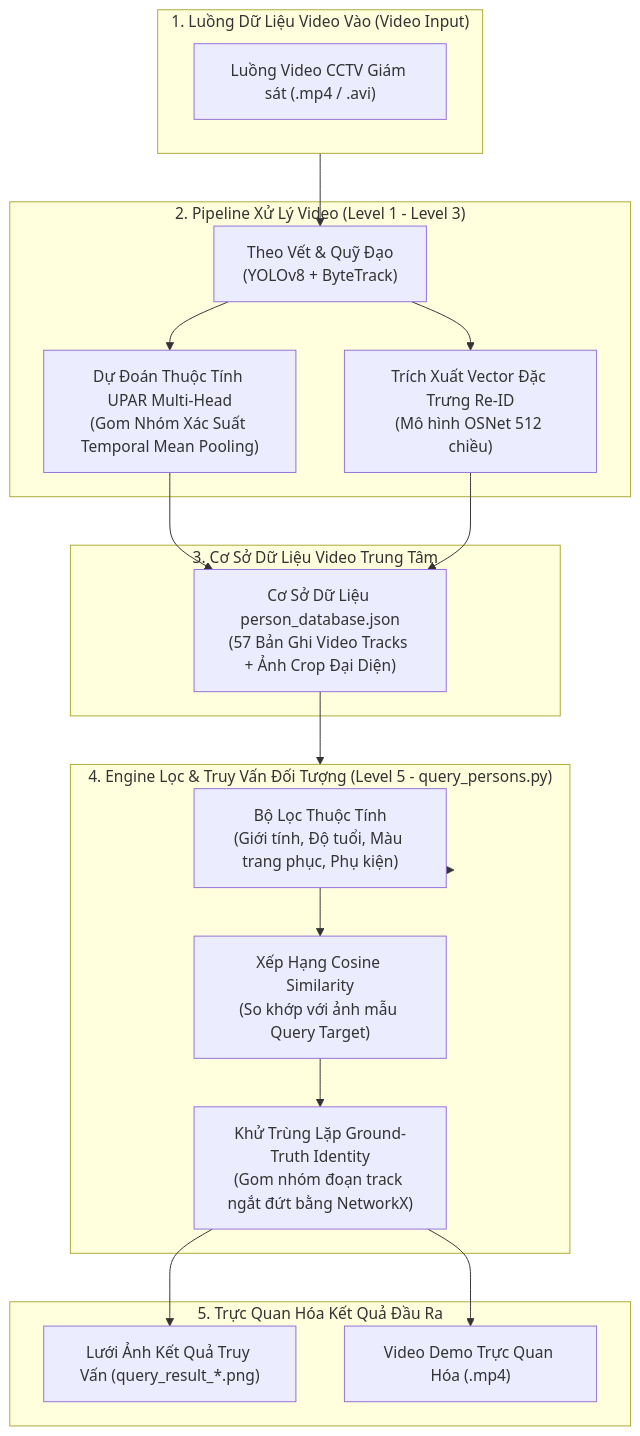
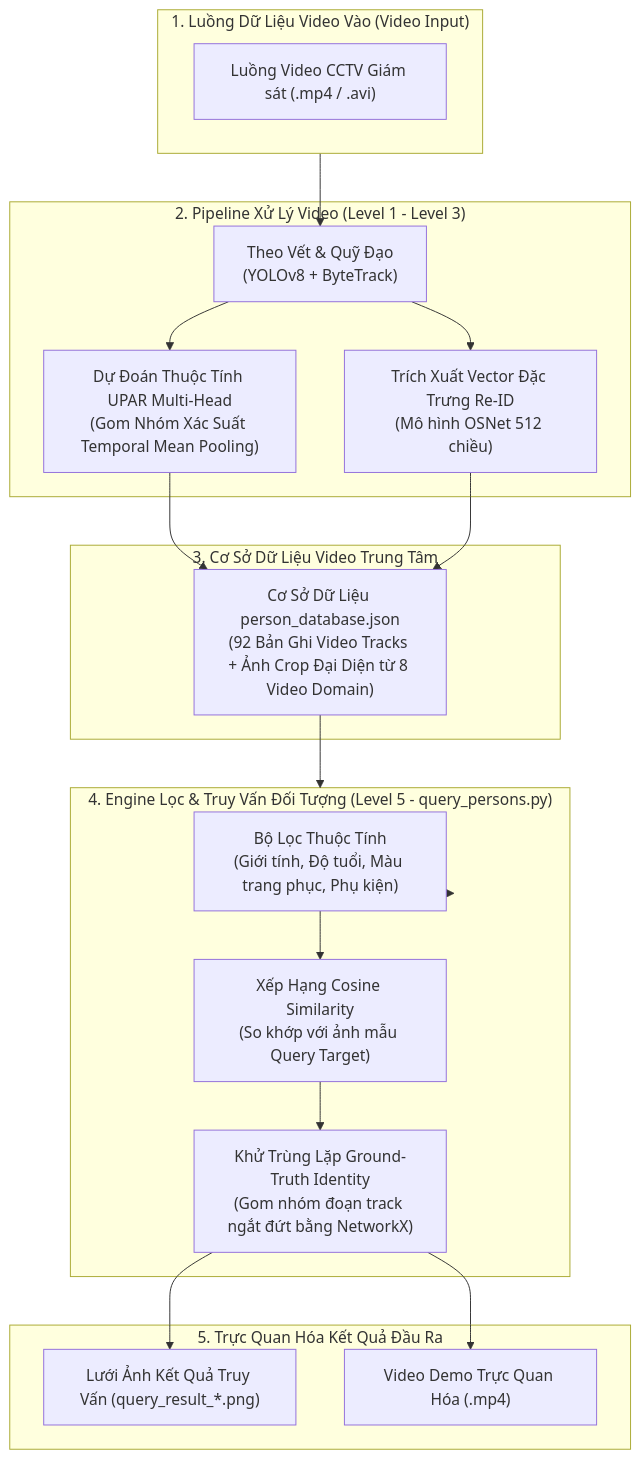
The first of 2 diagrams in README.md (NVAnh050904/CODE-AI-PROJECT), drawn with Mermaid before and after one commit. The commit also changed other lines of this file and 1 other file, not shown here.

Commit message:
docs: Update README.md and tracking/README.md with expanded 92-record database, FE features, H.264 streaming, and SQLite history

````diff
--- a/README.md
+++ b/README.md
@@ -21,34 +21,34 @@
 ```mermaid
 flowchart TD
     subgraph StreamInput ["1. Luồng Dữ Liệu Video Vào (Video Input)"]
         V1["Luồng Video CCTV Giám sát (.mp4 / .avi)"]
     end
 
     subgraph CorePipeline ["2. Pipeline Xử Lý Video (Level 1 - Level 3)"]
         Tracking["Theo Vết & Quỹ Đạo\n(YOLOv8 + ByteTrack)"]
         AttrEngine["Dự Đoán Thuộc Tính UPAR Multi-Head\n(Gom Nhóm Xác Suất Temporal Mean Pooling)"]
         ReIDEngine["Trích Xuất Vector Đặc Trưng Re-ID\n(Mô hình OSNet 512 chiều)"]
     end
 
     subgraph CentralDB ["3. Cơ Sở Dữ Liệu Video Trung Tâm"]
-        DBJSON["Cơ Sở Dữ Liệu person_database.json\n(57 Bản Ghi Video Tracks + Ảnh Crop Đại Diện)"]
+        DBJSON["Cơ Sở Dữ Liệu person_database.json\n(92 Bản Ghi Video Tracks + Ảnh Crop Đại Diện từ 8 Video Domain)"]
     end
 
     subgraph SearchEngine ["4. Engine Lọc & Truy Vấn Đối Tượng (Level 5 - query_persons.py)"]
         AttrFilter["Bộ Lọc Thuộc Tính\n(Giới tính, Độ tuổi, Màu trang phục, Phụ kiện)"]
         ReIDRank["Xếp Hạng Cosine Similarity\n(So khớp với ảnh mẫu Query Target)"]
         GTDedup["Khử Trùng Lặp Ground-Truth Identity\n(Gom nhóm đoạn track ngắt đứt bằng NetworkX)"]
     end
 
     subgraph OutputVisual ["5. Trực Quan Hóa Kết Quả Đầu Ra"]
         GridImg["Lưới Ảnh Kết Quả Truy Vấn (query_result_*.png)"]
         DemoVideo["Video Demo Trực Quan Hóa (.mp4)"]
     end
 
     StreamInput --> Tracking
     Tracking --> AttrEngine & ReIDEngine
     AttrEngine & ReIDEngine --> DBJSON
     DBJSON --> SearchEngine
     SearchEngine --> AttrFilter --> ReIDRank --> GTDedup
     GTDedup --> GridImg & DemoVideo
 ```
````
